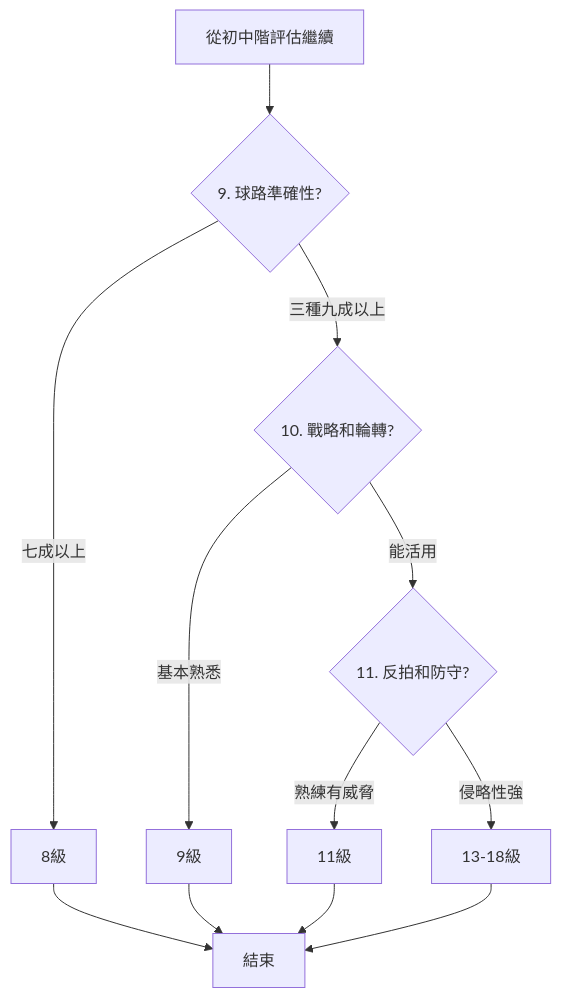
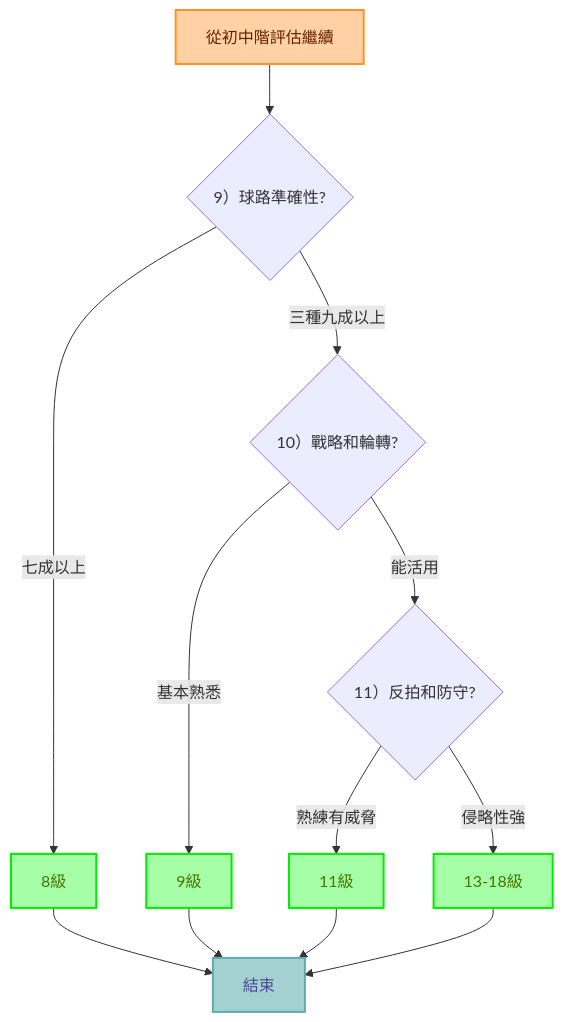
Before and after one commit to showaykerker/badminton-level-evaluator-linebot: the fourth of 4 diagrams in README.md, drawn with Mermaid. The commit also changed other lines of this file, not shown here.

Commit message:
doc: fix mermaid error and add color

````diff
--- a/README.md
+++ b/README.md
@@ -88,20 +100,23 @@
 ```mermaid
 
 graph TD
-    A[從初中階評估繼續] --> J{9. 球路準確性?}
+    A[從初中階評估繼續] --> J{"9）球路準確性?"}
+    J -->|七成以上| Z8[8級]
+    J -->|三種九成以上| K{"10）戰略和輪轉?"}
+    K -->|基本熟悉| Z9[9級]
+    K -->|能活用| L{"11）反拍和防守?"}
+    L -->|熟練有威脅| Z11[11級]
+    L -->|侵略性強| Z13["13-18級"]
 
-    J -->|七成以上| Z8[8級]
-    J -->|三種九成以上| K{10. 戰略和輪轉?}
+    A:::nextStage
+    Z8:::determinedLevel --> END[結束]
+    Z9:::determinedLevel --> END
+    Z11:::determinedLevel --> END
+    Z13:::determinedLevel --> END
+    END:::stopStage
 
-    K -->|基本熟悉| Z9[9級]
-    K -->|能活用| L{11. 反拍和防守?}
-
-    L -->|熟練有威脅| Z11[11級]
-    L -->|侵略性強| Z13[13-18級]
-
-    Z8 --> END[結束]
-    Z9 --> END
-    Z11 --> END
-    Z13 --> END
+    classDef nextStage       fill:#FFD1A4,stroke:#FF9224,stroke-width:2px,color:#642100;
+    classDef determinedLevel fill:#A6FFA6,stroke:#00EC00,stroke-width:2px,color:#467500;
+    classDef stopStage       fill:#A3D1D1,stroke:#5CADAD,stroke-width:2px,color:#484891;
 
 ```
````
